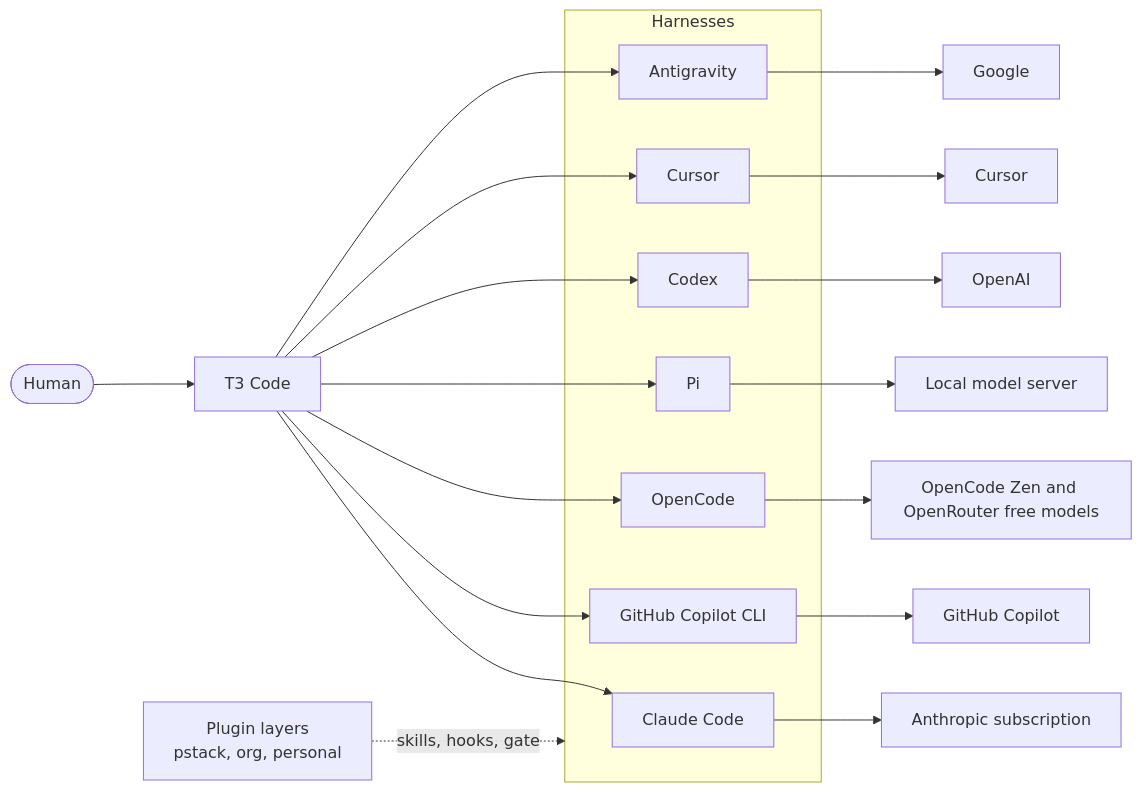
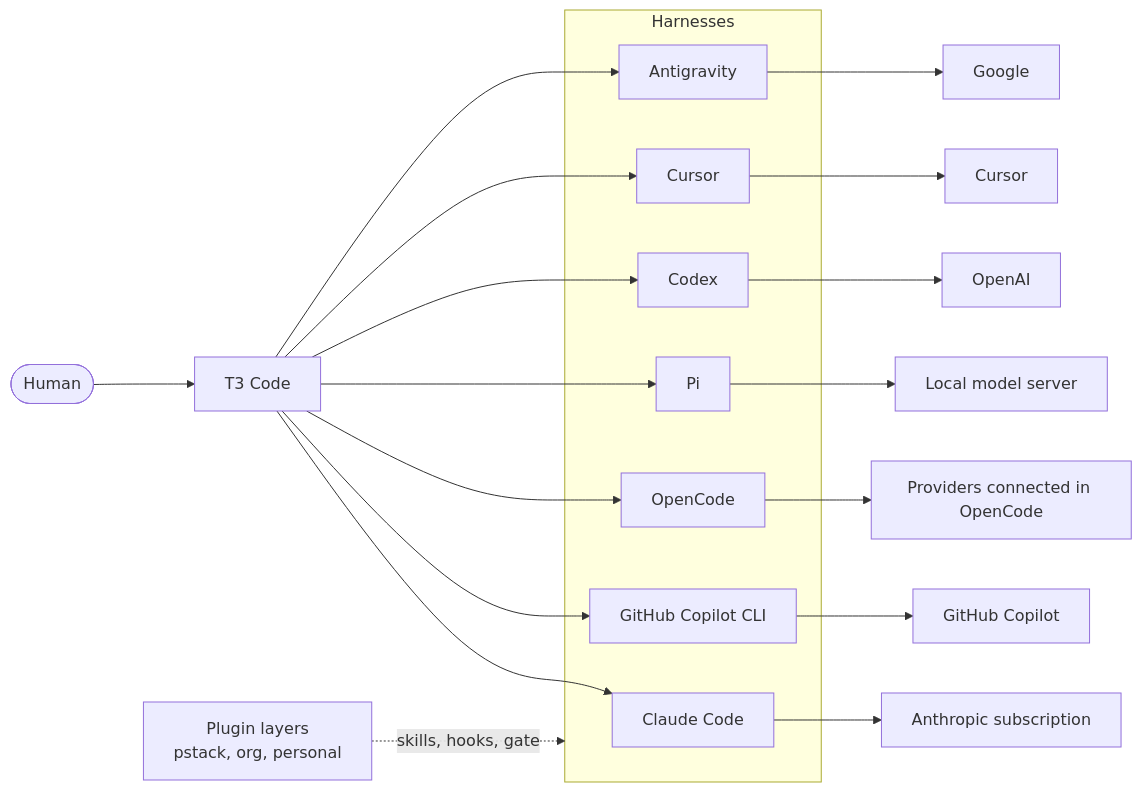
Before and after one commit to simpsonm09-org/simpsonm09-repo-catalog: the second of 3 diagrams in docs/fleet-architecture.md, drawn with Mermaid. The commit also changed other lines of this file, not shown here.

First line of the commit message:
docs: name no OpenCode provider in the fleet architecture

````diff
--- a/docs/fleet-architecture.md
+++ b/docs/fleet-architecture.md
@@ -63,26 +63,26 @@
 ```mermaid
 flowchart LR
     Human(["Human"]) --> T3["T3 Code"]
 
     subgraph Harnesses["Harnesses"]
         Claude["Claude Code"]
         Copilot["GitHub Copilot CLI"]
         OpenCode["OpenCode"]
         Pi["Pi"]
         Codex["Codex"]
         Cursor["Cursor"]
         Antigravity["Antigravity"]
     end
 
     T3 --> Claude & Copilot & OpenCode & Pi & Codex & Cursor & Antigravity
 
     Layers["Plugin layers<br/>pstack, org, personal"] -. "skills, hooks, gate" .-> Harnesses
 
     Claude --> Anthropic["Anthropic subscription"]
     Copilot --> GitHub["GitHub Copilot"]
-    OpenCode --> OpenCodeFree["OpenCode Zen and OpenRouter free models"]
+    OpenCode --> OpenCodeProviders["Providers connected in OpenCode"]
     Pi --> LocalModel["Local model server"]
     Codex --> OpenAI["OpenAI"]
     Cursor --> CursorSub["Cursor"]
     Antigravity --> Google["Google"]
 ```
````
